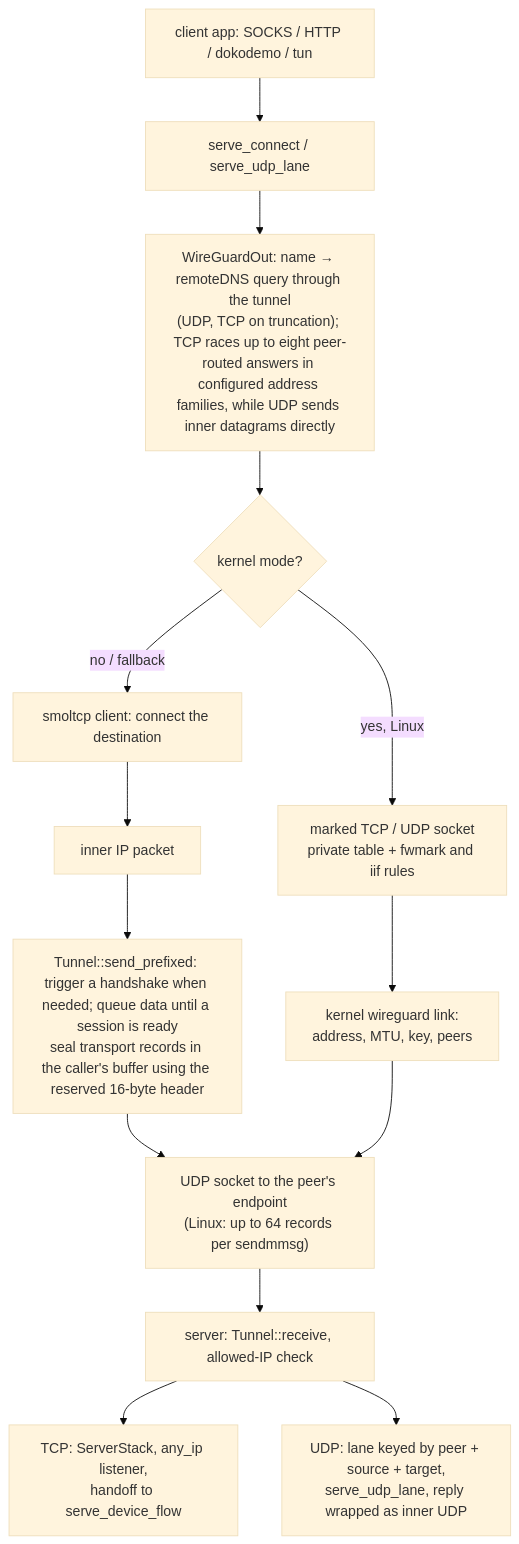
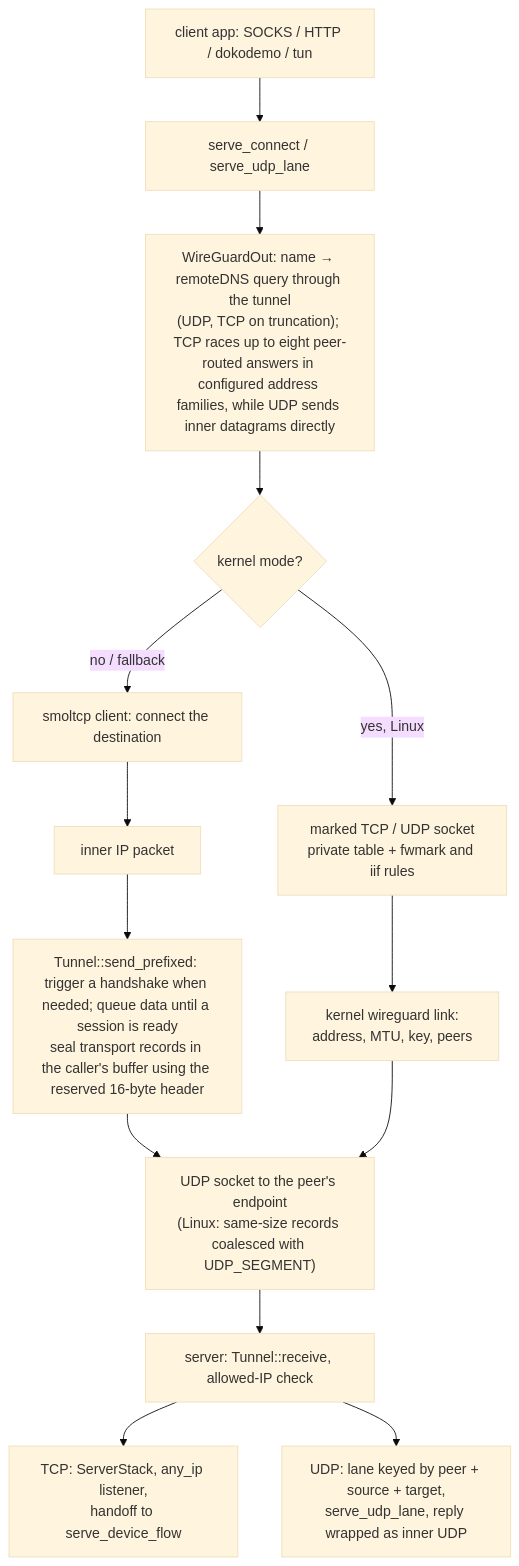
Before and after one commit to Ferrocite/ferrox: the diagram in docs/function/wireguard.md, drawn with Mermaid (base theme). The commit also changed other lines of this file, not shown here.

Commit message:
docs: measure the UDP_SEGMENT writer against the RX batch

````diff
--- a/docs/function/wireguard.md
+++ b/docs/function/wireguard.md
@@ -23,16 +23,16 @@
 ```mermaid
 graph TD
     A["client app: SOCKS / HTTP / dokodemo / tun"] --> B["serve_connect / serve_udp_lane"]
     B --> C["WireGuardOut: name → remoteDNS query through the tunnel<br/>(UDP, TCP on truncation); TCP races up to eight peer-routed answers in configured address families, while UDP sends inner datagrams directly"]
     C --> K{"kernel mode?"}
     K -->|yes, Linux| L["marked TCP / UDP socket<br/>private table + fwmark and iif rules"]
     L --> M["kernel wireguard link:<br/>address, MTU, key, peers"]
     K -->|no / fallback| N["smoltcp client: connect the destination"]
     N --> D["inner IP packet"]
     D --> E["Tunnel::send_prefixed: trigger a handshake when needed; queue data until a session is ready<br/>seal transport records in the caller's buffer using the reserved 16-byte header"]
-    E --> F["UDP socket to the peer's endpoint<br/>(Linux: up to 64 records per sendmmsg)"]
+    E --> F["UDP socket to the peer's endpoint<br/>(Linux: same-size records coalesced with UDP_SEGMENT)"]
     M --> F
     F --> G["server: Tunnel::receive, allowed-IP check"]
     G --> H["TCP: ServerStack, any_ip listener,<br/>handoff to serve_device_flow"]
     G --> I["UDP: lane keyed by peer + source + target,<br/>serve_udp_lane, reply wrapped as inner UDP"]
 ```
````
